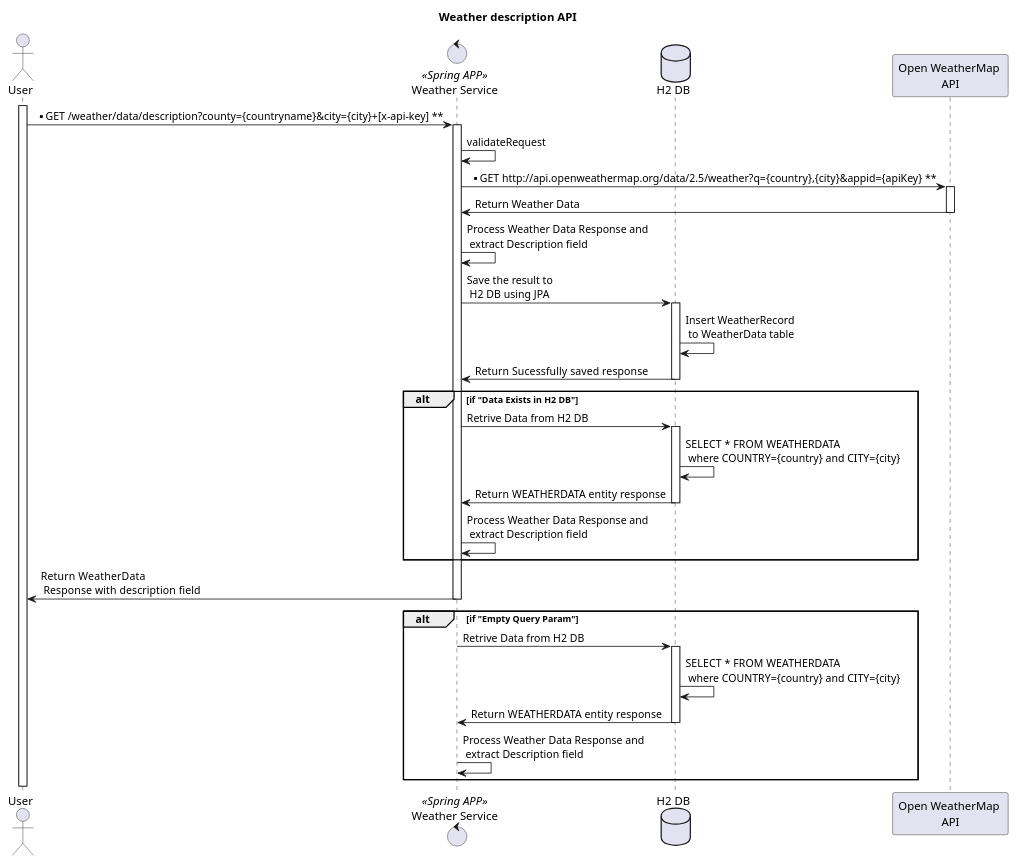
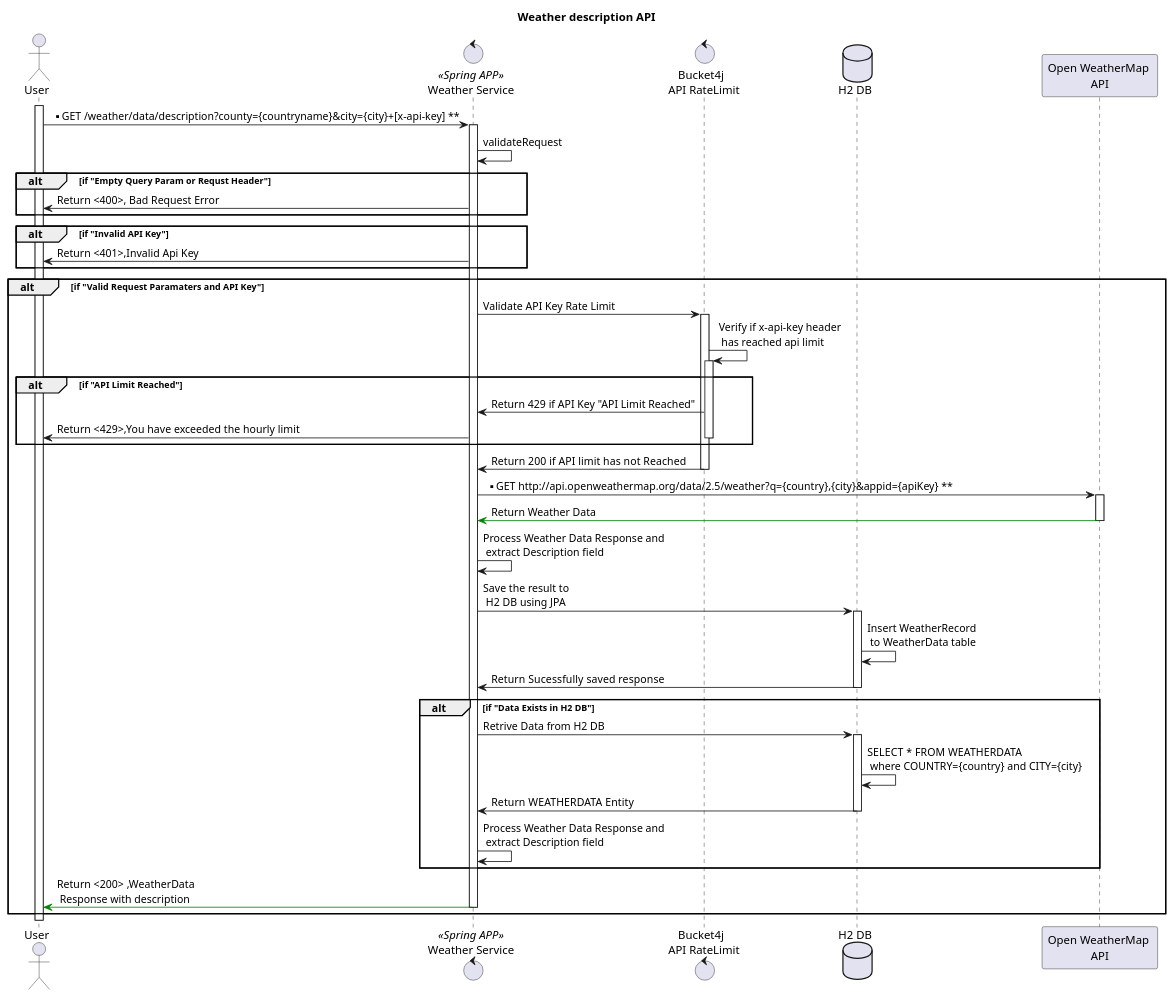
Before and after one commit to raghunadhpokkalath/weather-service: the diagram in design/GetWeatherData.puml, drawn with PlantUML. The commit also changed 18 other files, not shown here.

```diff
--- a/design/GetWeatherData.puml
+++ b/design/GetWeatherData.puml
@@ -1,40 +1,55 @@
 @startuml 
 title Weather description API
 actor "User" as user
 control "Weather Service" as weatherservice<< Spring APP>>
+control "Bucket4j \n API RateLimit" as bucket4j
 database "H2 DB" as h2db
 participant "Open WeatherMap \nAPI" as openweathermap
 activate user
+
 user->weatherservice:  ** GET /weather/data/description?county={countryname}&city={city}+[x-api-key] **
 activate weatherservice
 weatherservice -> weatherservice: validateRequest
-weatherservice->openweathermap: **  GET http://api.openweathermap.org/data/2.5/weather?q={country},{city}&appid={apiKey} **
+alt if "Empty Query Param or Requst Header"
+    weatherservice -> user : Return <400>, Bad Request Error
+end alt
+
+alt if "Invalid API Key"
+    weatherservice->user : Return <401>,Invalid Api Key
+end alt
+alt if "Valid Request Paramaters and API Key"
+weatherservice -> bucket4j : Validate API Key Rate Limit
+activate bucket4j
+bucket4j -> bucket4j : Verify if x-api-key header \n has reached api limit
+alt if "API Limit Reached"
+activate bucket4j
+bucket4j -> weatherservice : Return 429 if API Key "API Limit Reached"
+weatherservice -> user : Return <429>,You have exceeded the hourly limit
+deactivate bucket4j
+end alt
+bucket4j -> weatherservice : Return 200 if API limit has not  Reached
+deactivate bucket4j
+
+  weatherservice->openweathermap: **  GET http://api.openweathermap.org/data/2.5/weather?q={country},{city}&appid={apiKey} **
 activate openweathermap
-openweathermap->weatherservice: Return Weather Data
+openweathermap[#green]->weatherservice: Return Weather Data
 deactivate openweathermap
 weatherservice -> weatherservice: Process Weather Data Response and \n extract Description field
 weatherservice -> h2db : Save the result to \n H2 DB using JPA
 activate h2db
 h2db->h2db : Insert WeatherRecord \n to WeatherData table 
 h2db->weatherservice: Return  Sucessfully saved response
 deactivate h2db
 alt if "Data Exists in H2 DB"
 weatherservice->h2db:Retrive Data from H2 DB
 activate h2db
 h2db->h2db:SELECT * FROM WEATHERDATA \n where COUNTRY={country} and CITY={city}
-h2db->weatherservice: Return WEATHERDATA entity response
+h2db->weatherservice: Return WEATHERDATA Entity
 deactivate h2db
-weatherservice -> weatherservice: Process Weather Data Response and \n extract Description field
+weatherservice-> weatherservice: Process Weather Data Response and \n extract Description field
 end alt
-weatherservice->user:Return  WeatherData \n Response  with description field
+weatherservice[#green]->user: Return <200> ,WeatherData \n Response with description
 deactivate weatherservice
-alt if "Empty Query Param"
-weatherservice->h2db:Retrive Data from H2 DB
-activate h2db
-h2db->h2db:SELECT * FROM WEATHERDATA \n where COUNTRY={country} and CITY={city}
-h2db->weatherservice: Return WEATHERDATA entity response
-deactivate h2db
-weatherservice -> weatherservice: Process Weather Data Response and \n extract Description field
 end alt
-
+deactivate weatherservice
 @enduml
```
